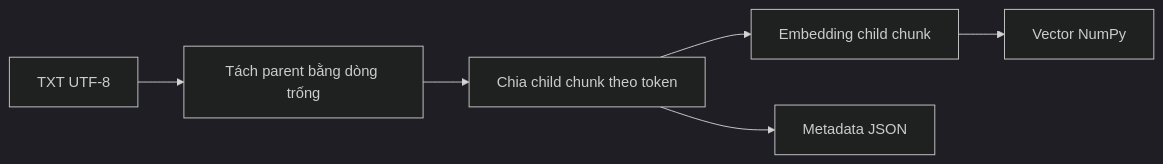
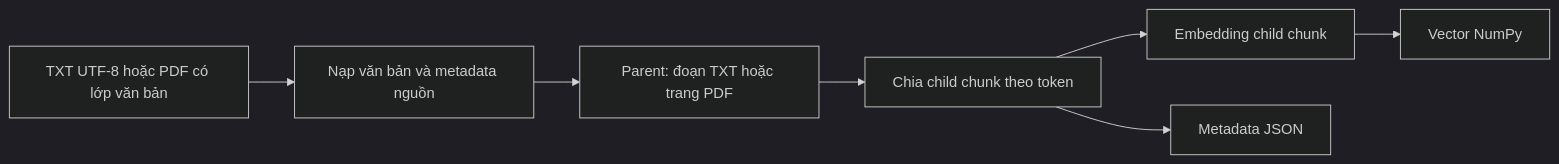
One commit to dangthanh204bn/vietnamese-policy-rag changed the first of 2 diagrams in README.md. Above: the diagram before and after it, drawn with Mermaid (dark theme). The commit also changed other lines of this file and 16 other files, not shown here.

````diff
--- a/README.md
+++ b/README.md
@@ -34,8 +41,9 @@
 ```mermaid
 flowchart LR
-    A[TXT UTF-8] --> B[Tách parent bằng dòng trống]
-    B --> C[Chia child chunk theo token]
-    C --> D[Embedding child chunk]
-    C --> E[Metadata JSON]
-    D --> F[Vector NumPy]
+    A["TXT UTF-8 hoặc PDF có lớp văn bản"] --> B["Nạp văn bản và metadata nguồn"]
+    B --> C["Parent: đoạn TXT hoặc trang PDF"]
+    C --> D["Chia child chunk theo token"]
+    D --> E["Embedding child chunk"]
+    D --> F["Metadata JSON"]
+    E --> G["Vector NumPy"]
 ```
````
